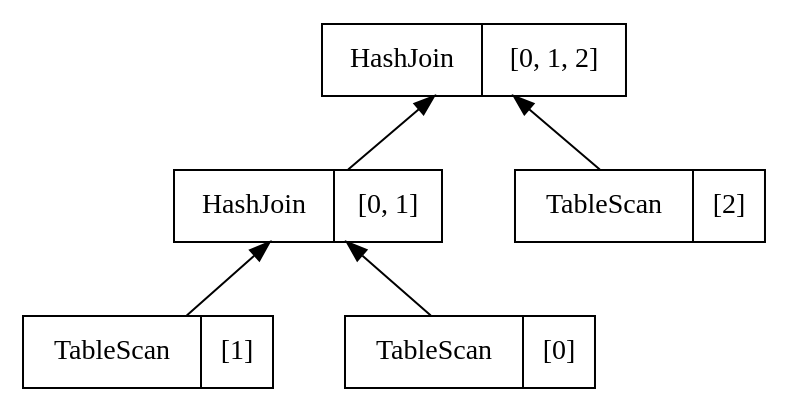
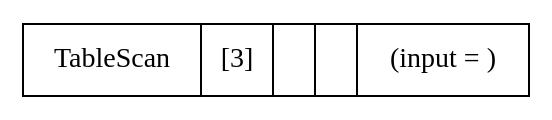
The diagram in plan.dot (adarshpannu/kona), drawn with Graphviz before and after one commit. The commit also changed 14 other files, not shown here.

```diff
--- a/plan.dot
+++ b/plan.dot
@@ -1,15 +1,7 @@
 digraph example1 {
     node [shape=record];
     rankdir=BT;
     nodesep=0.5;
     ordering="in";
-    popnodePOPId4v1 -> popnodePOPId5v1;
-    popnodePOPId2v1 -> popnodePOPId4v1;
-    popnodePOPId2v1[label="TableScan|[1]"];
-    popnodePOPId1v1 -> popnodePOPId4v1;
-    popnodePOPId1v1[label="TableScan|[0]"];
-    popnodePOPId4v1[label="HashJoin|[0, 1]"];
-    popnodePOPId3v1 -> popnodePOPId5v1;
-    popnodePOPId3v1[label="TableScan|[2]"];
-    popnodePOPId5v1[label="HashJoin|[0, 1, 2]"];
+    popnodePOPId1v1[label="TableScan|[3]||{}|(input = )"];
 }
```
